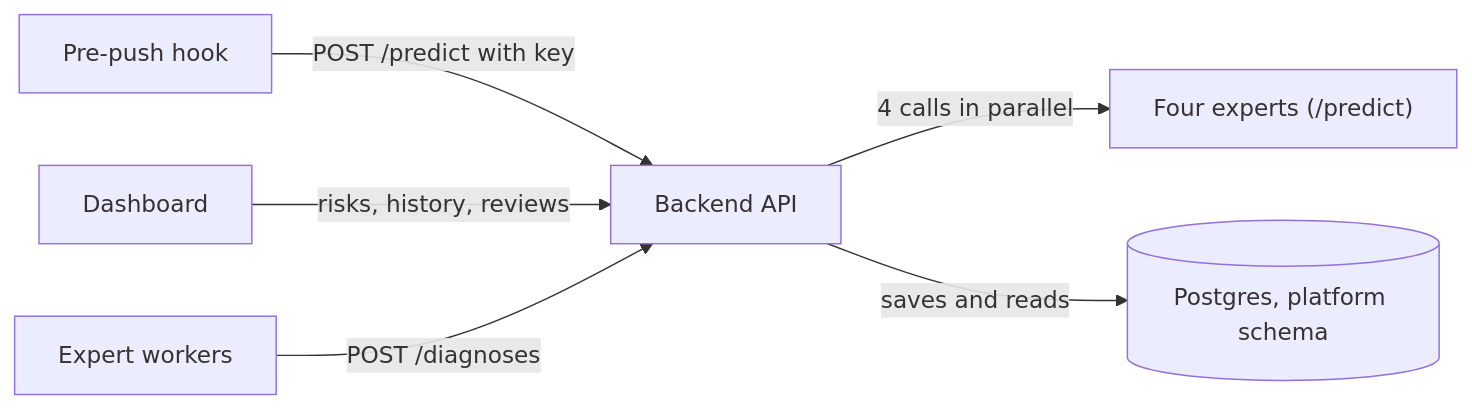
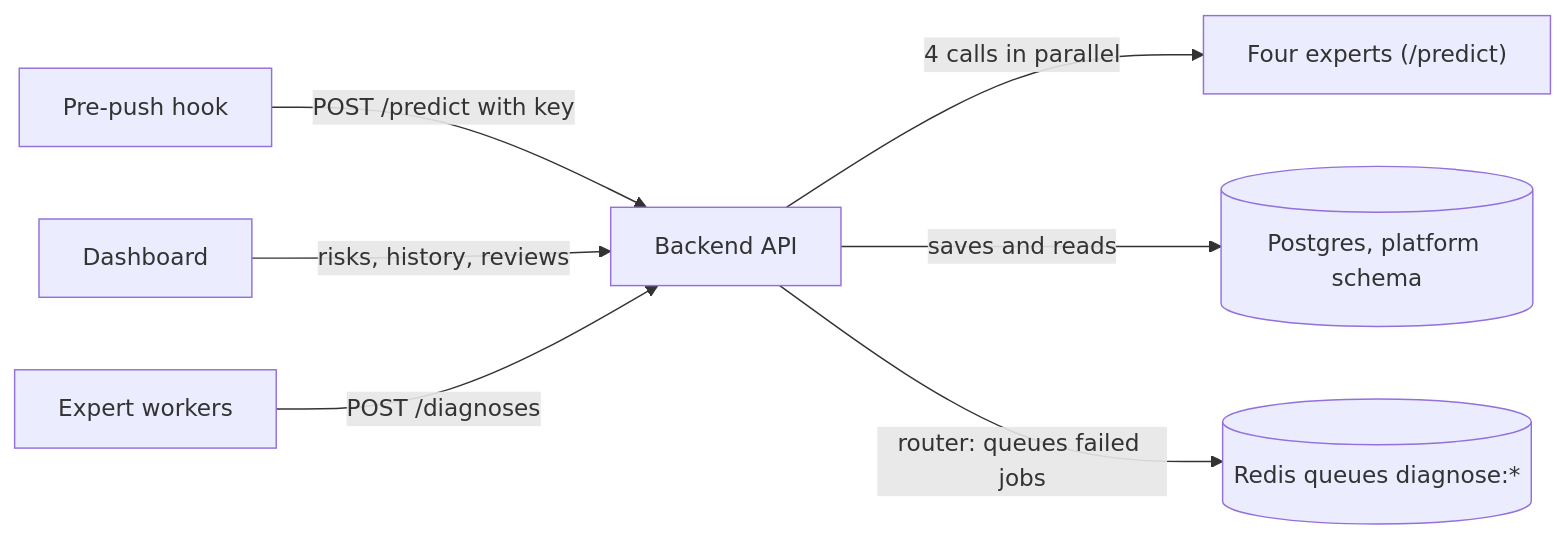
One commit to PrasadWijesinghe/Final_Research changed the first of 2 diagrams in services/api/README.md. Above: the diagram before and after it, drawn with Mermaid. The commit also changed other lines of this file and 9 other files, not shown here.

Commit message:
feat(api): router with weighted rules, top-2 and RQ enqueue (P2.7)

````diff
--- a/services/api/README.md
+++ b/services/api/README.md
@@ -25,8 +27,9 @@
 ```mermaid
 flowchart LR
     Hook["Pre-push hook"] -->|"POST /predict with key"| API["Backend API"]
     Dash["Dashboard"] -->|"risks, history, reviews"| API
     Workers["Expert workers"] -->|"POST /diagnoses"| API
     API -->|"4 calls in parallel"| Experts["Four experts (/predict)"]
     API -->|"saves and reads"| DB[("Postgres, platform schema")]
+    API -->|"router: queues failed jobs"| Redis[("Redis queues diagnose:*")]
 ```
````
